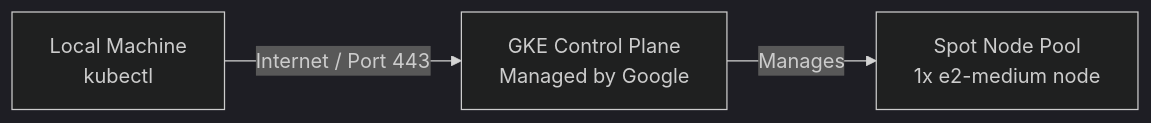
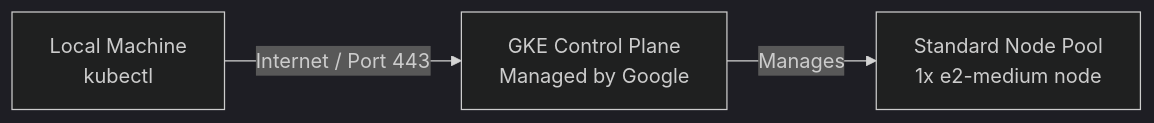
Before and after one commit to amlcoftherockies/scaling-the-kubernetes-mountain: the diagram in section 3/README.md, drawn with Mermaid (dark theme). The commit also changed other lines of this file and 1 other file, not shown here.

Commit message:
Change VM provisioning from Spot to standard on-demand for stability

````diff
--- a/section 3/README.md
+++ b/section 3/README.md
@@ -15,5 +15,5 @@
 ```mermaid
 graph LR
     LocalMachine[Local Machine <br> kubectl] -->|Internet / Port 443| GKEControl[GKE Control Plane <br> Managed by Google]
-    GKEControl -->|Manages| NodePool[Spot Node Pool <br> 1x e2-medium node]
+    GKEControl -->|Manages| NodePool[Standard Node Pool <br> 1x e2-medium node]
 ```
````
